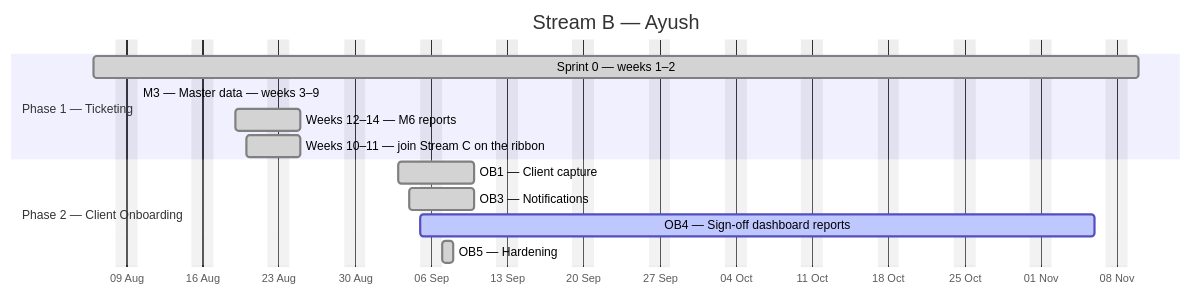
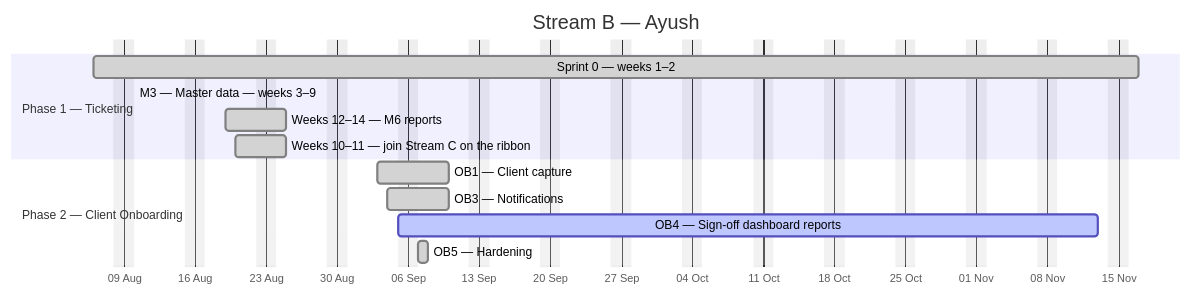
The second of 4 diagrams in docs/plan/GANTT.md (debashisedunext/EduTrack), drawn with Mermaid before and after one commit. The commit also changed other lines of this file and 2 other files, not shown here.

````diff
--- a/docs/plan/GANTT.md
+++ b/docs/plan/GANTT.md
@@ -135,17 +135,17 @@
 ```mermaid
 gantt
     dateFormat YYYY-MM-DD
     axisFormat %d %b
     title Stream B — Ayush
     excludes weekends
     section Phase 1 — Ticketing
-    Sprint 0 — weeks 1–2 :done, b0, 2026-08-06, 68d
-    M3 — Master data — weeks 3–9 :done, b1, 2026-08-10, -55d
+    Sprint 0 — weeks 1–2 :done, b0, 2026-08-06, 73d
+    M3 — Master data — weeks 3–9 :done, b1, 2026-08-10, -60d
     Weeks 12–14 — M6 reports :done, b2, 2026-08-19, 4d
     Weeks 10–11 — join Stream C on the ribbon :done, b3, 2026-08-20, 3d
     section Phase 2 — Client Onboarding
     OB1 — Client capture :done, b4, 2026-09-03, 5d
     OB3 — Notifications :done, b5, 2026-09-04, 4d
-    OB4 — Sign-off  dashboard  reports :active, b6, 2026-09-05, 45d
+    OB4 — Sign-off  dashboard  reports :active, b6, 2026-09-05, 50d
     OB5 — Hardening :done, b7, 2026-09-07, 1d
 ```
````
